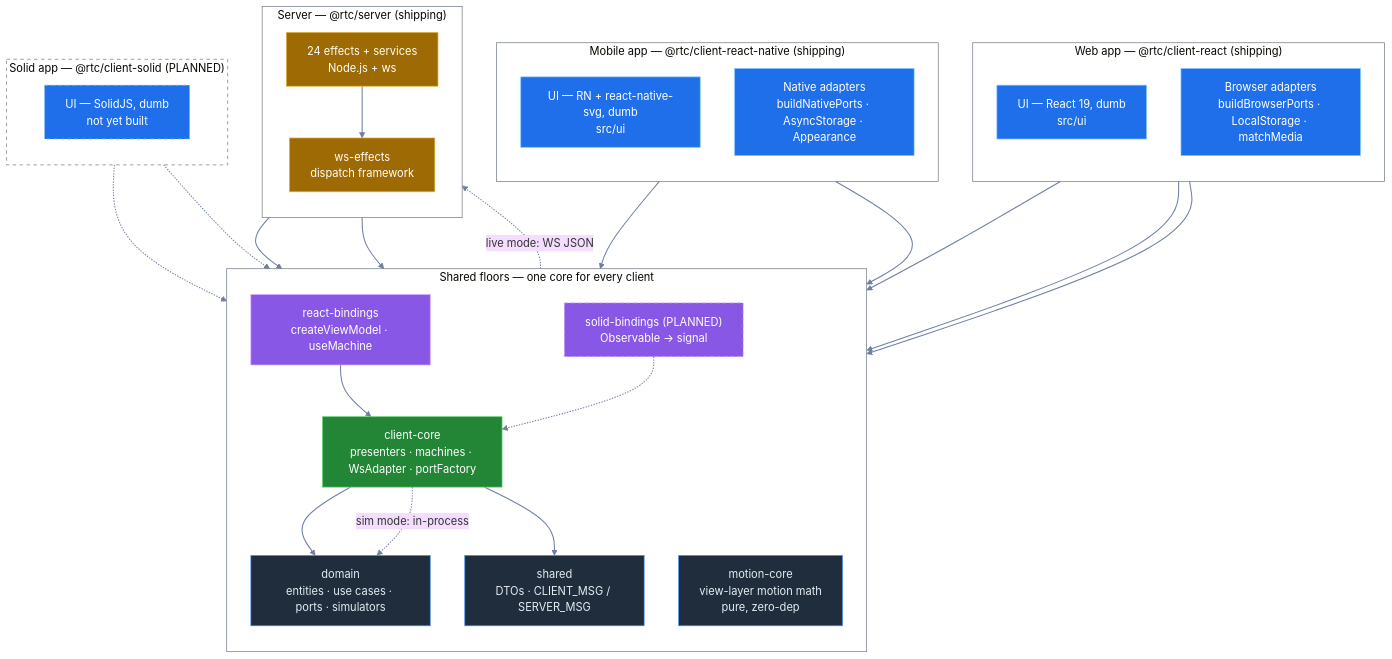
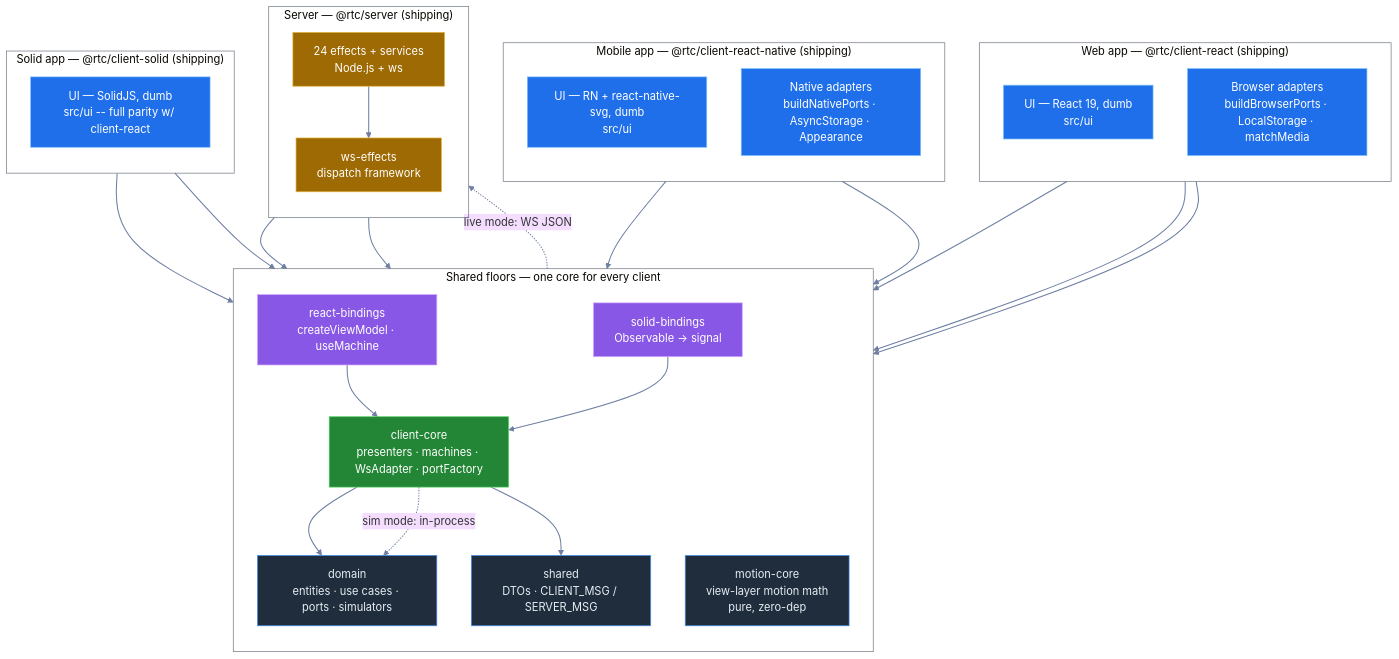
Before and after one commit to bettersoftware-io/ReactiveTraderCloudClone: the diagram in docs/architecture/13-codebase-map.md, drawn with Mermaid (base theme). The commit also changed other lines of this file and 10 other files, not shown here.

First line of the commit message:
docs(architecture): sync React->Solid swap from planned to shipped

````diff
--- a/docs/architecture/13-codebase-map.md
+++ b/docs/architecture/13-codebase-map.md
@@ -11,66 +11,64 @@
 ```mermaid
 flowchart TB
     subgraph WebApp["Web app — @rtc/client-react (shipping)"]
         direction TB
         webUi["UI — React 19, dumb<br/>src/ui"]:::ui
         webAdapt["Browser adapters<br/>buildBrowserPorts · LocalStorage · matchMedia"]:::ui
     end
 
     subgraph MobileApp["Mobile app — @rtc/client-react-native (shipping)"]
         direction TB
         rnUi["UI — RN + react-native-svg, dumb<br/>src/ui"]:::ui
         rnAdapt["Native adapters<br/>buildNativePorts · AsyncStorage · Appearance"]:::ui
     end
 
-    subgraph SolidApp["Solid app — @rtc/client-solid (PLANNED)"]
+    subgraph SolidApp["Solid app — @rtc/client-solid (shipping)"]
         direction TB
-        solidUi["UI — SolidJS, dumb<br/>not yet built"]:::uiPlanned
+        solidUi["UI — SolidJS, dumb<br/>src/ui -- full parity w/ client-react"]:::ui
     end
 
     subgraph SharedFloors["Shared floors — one core for every client"]
         direction TB
         rb["react-bindings<br/>createViewModel · useMachine"]:::bridge
-        sb["solid-bindings (PLANNED)<br/>Observable → signal"]:::bridgePlanned
+        sb["solid-bindings<br/>Observable → signal"]:::bridge
         core["client-core<br/>presenters · machines · WsAdapter · portFactory"]:::core
         domain["domain<br/>entities · use cases · ports · simulators"]:::domain
         shared["shared<br/>DTOs · CLIENT_MSG / SERVER_MSG"]:::domain
         motion["motion-core<br/>view-layer motion math<br/>pure, zero-dep"]:::domain
     end
 
     subgraph Server["Server — @rtc/server (shipping)"]
         direction TB
         srv["24 effects + services<br/>Node.js + ws"]:::server
         wse["ws-effects<br/>dispatch framework"]:::server
     end
 
     webUi --> rb
     webUi --> motion
     webAdapt --> core
     rnUi --> rb
     rnAdapt --> core
-    solidUi -.-> sb
-    solidUi -.-> motion
+    solidUi --> sb
+    solidUi --> motion
     rb --> core
-    sb -.-> core
+    sb --> core
     core --> domain
     core --> shared
     core -. "live mode: WS JSON" .-> srv
     core -. "sim mode: in-process" .-> domain
     srv --> wse
     srv --> domain
     srv --> shared
 
     classDef ui fill:#1f6feb,stroke:#79c0ff,color:#ffffff
-    classDef uiPlanned fill:#1f6feb,stroke:#79c0ff,color:#ffffff,stroke-dasharray: 5 5
     classDef bridge fill:#8957e5,stroke:#d2a8ff,color:#ffffff
-    classDef bridgePlanned fill:#8957e5,stroke:#d2a8ff,color:#ffffff,stroke-dasharray: 5 5
     classDef core fill:#238636,stroke:#56d364,color:#ffffff
     classDef server fill:#9e6a03,stroke:#e3b341,color:#ffffff
     classDef domain fill:#1f2d3d,stroke:#4493f8,color:#e6edf3
     style WebApp fill:transparent,stroke:#6e7681
     style MobileApp fill:transparent,stroke:#6e7681
-    style SolidApp fill:transparent,stroke:#6e7681,stroke-dasharray: 5 5
+    style SolidApp fill:transparent,stroke:#6e7681
     style SharedFloors fill:transparent,stroke:#6e7681
     style Server fill:transparent,stroke:#6e7681
     linkStyle default stroke:#6e7fa3,stroke-width:1.5px
 ```
````
